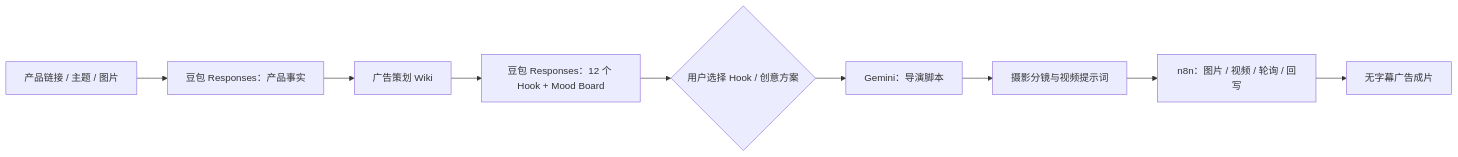
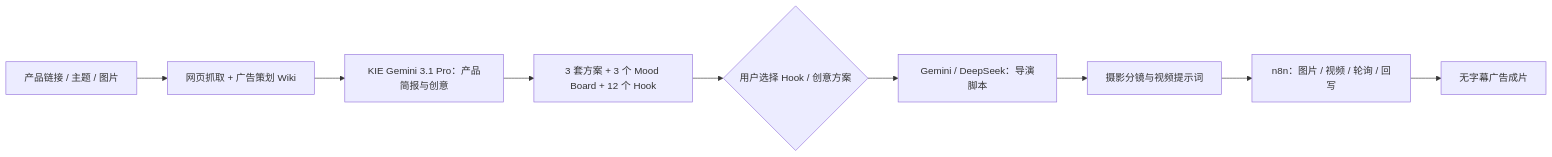
Before and after one commit to luoxiaohe0529-creator/ocean-glimmer-aigc: the diagram in docs/CASE_STUDY.md, drawn with Mermaid. The commit also changed other lines of this file and 6 other files, not shown here.

````diff
--- a/docs/CASE_STUDY.md
+++ b/docs/CASE_STUDY.md
@@ -13,11 +13,11 @@
 ```mermaid
 flowchart LR
-  A[产品链接 / 主题 / 图片] --> B[豆包 Responses：产品事实]
-  B --> C[广告策划 Wiki]
-  C --> D[豆包 Responses：12 个 Hook + Mood Board]
+  A[产品链接 / 主题 / 图片] --> B[网页抓取 + 广告策划 Wiki]
+  B --> C[KIE Gemini 3.1 Pro：产品简报与创意]
+  C --> D[3 套方案 + 3 个 Mood Board + 12 个 Hook]
   D --> E{用户选择 Hook / 创意方案}
-  E --> F[Gemini：导演脚本]
+  E --> F[Gemini / DeepSeek：导演脚本]
   F --> G[摄影分镜与视频提示词]
   G --> H[n8n：图片 / 视频 / 轮询 / 回写]
   H --> I[无字幕广告成片]
 ```
````
